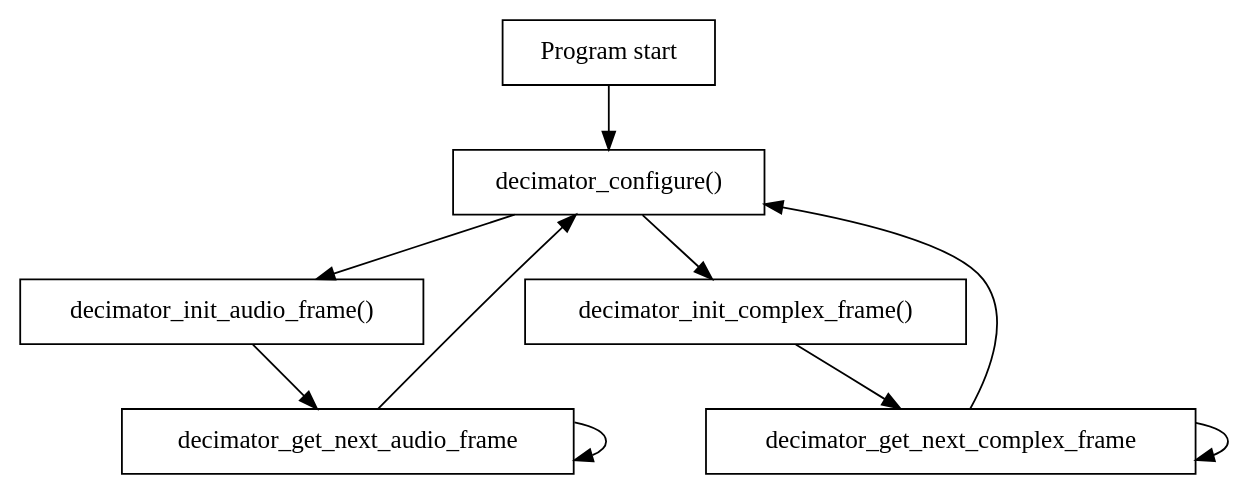
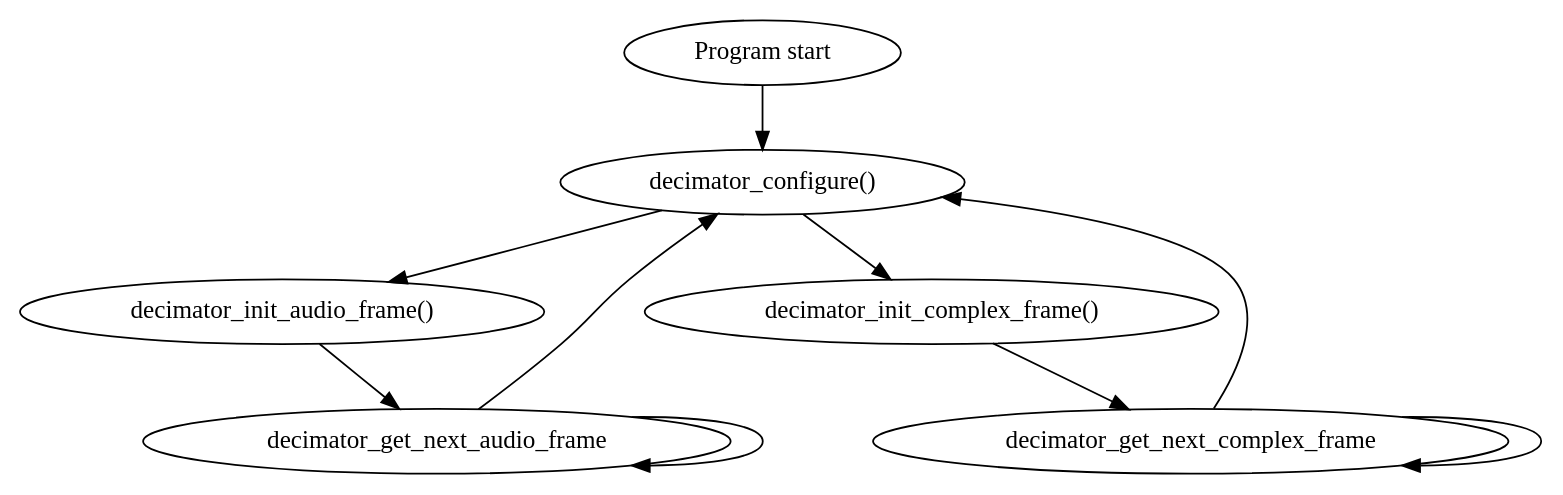
One commit to xmos/lib_mic_array changed the diagram in lib_mic_array/doc/rst/state_machine.dot. Above: the diagram before and after it, drawn with Graphviz. The commit also changed 10 other files, not shown here.

```diff
--- a/lib_mic_array/doc/rst/state_machine.dot
+++ b/lib_mic_array/doc/rst/state_machine.dot
@@ -1,24 +1,24 @@
 digraph g {
 	
-  program_start [label="Program start", shape=box];
+  program_start [label="Program start"];
 
-	decimator_configure [label="decimator_configure()", shape=box];
-	decimator_init_audio [label="decimator_init_audio_frame()", shape=box];
-	decimator_get_next_audio_frame [label="decimator_get_next_audio_frame", shape=box]; 
-	decimator_init_complex [label="decimator_init_complex_frame()", shape=box];
-	decimator_get_next_complex_frame [label="decimator_get_next_complex_frame", shape=box]; 
+	decimator_configure [label="decimator_configure()"];
+	decimator_init_audio [label="decimator_init_audio_frame()"];
+	decimator_get_next_audio_frame [label="decimator_get_next_audio_frame"]; 
+	decimator_init_complex [label="decimator_init_complex_frame()"];
+	decimator_get_next_complex_frame [label="decimator_get_next_complex_frame"]; 
   
   program_start -> decimator_configure;
 
 	decimator_configure -> decimator_init_audio;
 	decimator_configure -> decimator_init_complex;
 
 	decimator_init_audio -> decimator_get_next_audio_frame;
 	decimator_get_next_audio_frame -> decimator_get_next_audio_frame;
 	decimator_get_next_audio_frame -> decimator_configure
 
 
 	decimator_init_complex -> decimator_get_next_complex_frame;
 	decimator_get_next_complex_frame -> decimator_get_next_complex_frame;
 	decimator_get_next_complex_frame -> decimator_configure
 }
```
